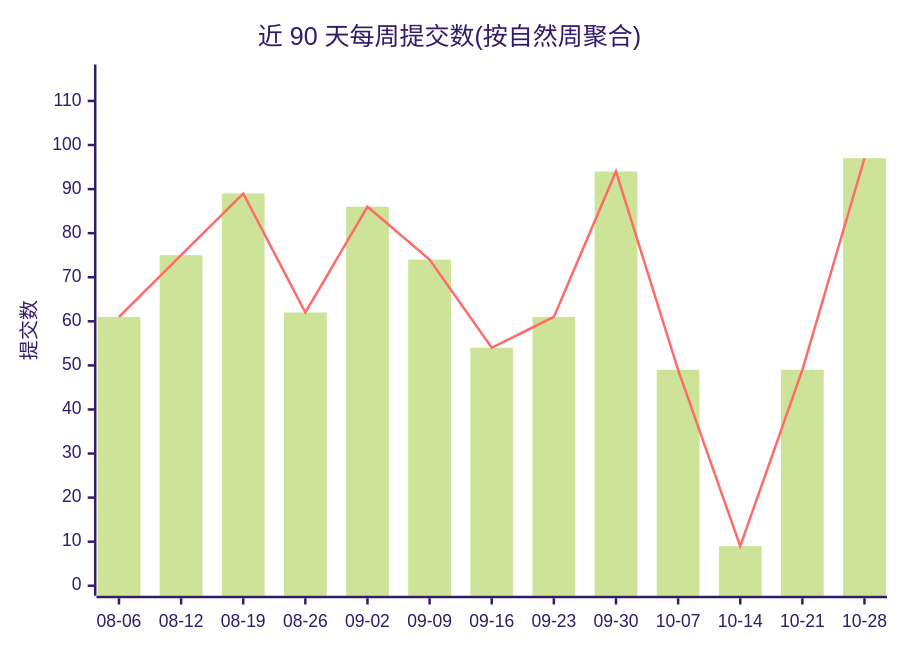
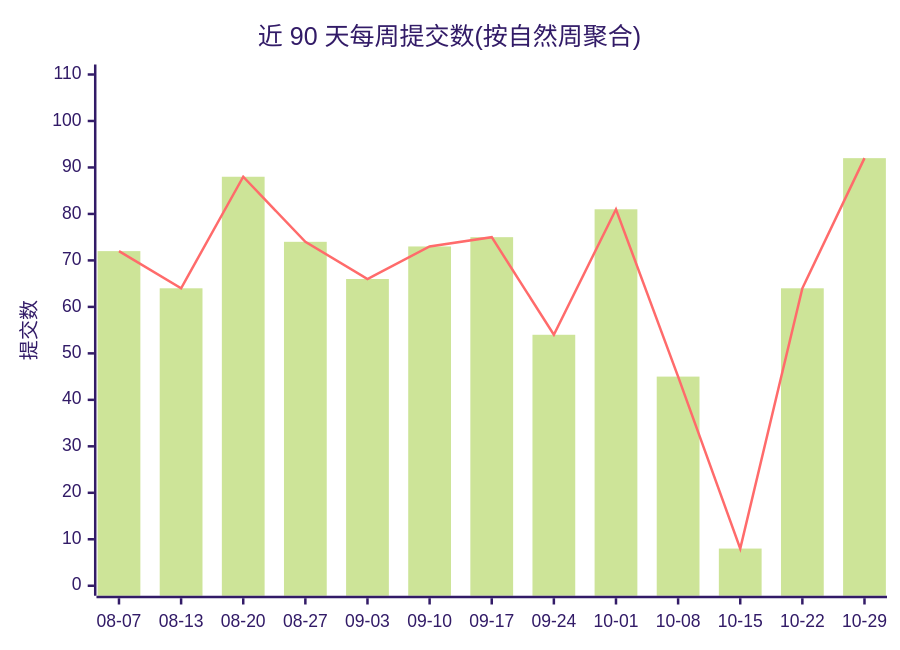
Before and after one commit to Conflux-Union/.github: the first of 2 diagrams in profile/README.md, drawn with Mermaid (forest theme). The commit also changed other lines of this file and 1 other file, not shown here.

````diff
--- a/profile/README.md
+++ b/profile/README.md
@@ -47,8 +47,8 @@
 ```mermaid
 xychart-beta
     title "近 90 天每周提交数(按自然周聚合)"
-    x-axis ["08-06", "08-12", "08-19", "08-26", "09-02", "09-09", "09-16", "09-23", "09-30", "10-07", "10-14", "10-21", "10-28"]
-    y-axis "提交数" 0 --> 116
-    bar [61, 75, 89, 62, 86, 74, 54, 61, 94, 49, 9, 49, 97]
-    line [61, 75, 89, 62, 86, 74, 54, 61, 94, 49, 9, 49, 97]
+    x-axis ["08-07", "08-13", "08-20", "08-27", "09-03", "09-10", "09-17", "09-24", "10-01", "10-08", "10-15", "10-22", "10-29"]
+    y-axis "提交数" 0 --> 110
+    bar [72, 64, 88, 74, 66, 73, 75, 54, 81, 45, 8, 64, 92]
+    line [72, 64, 88, 74, 66, 73, 75, 54, 81, 45, 8, 64, 92]
 ```
````
